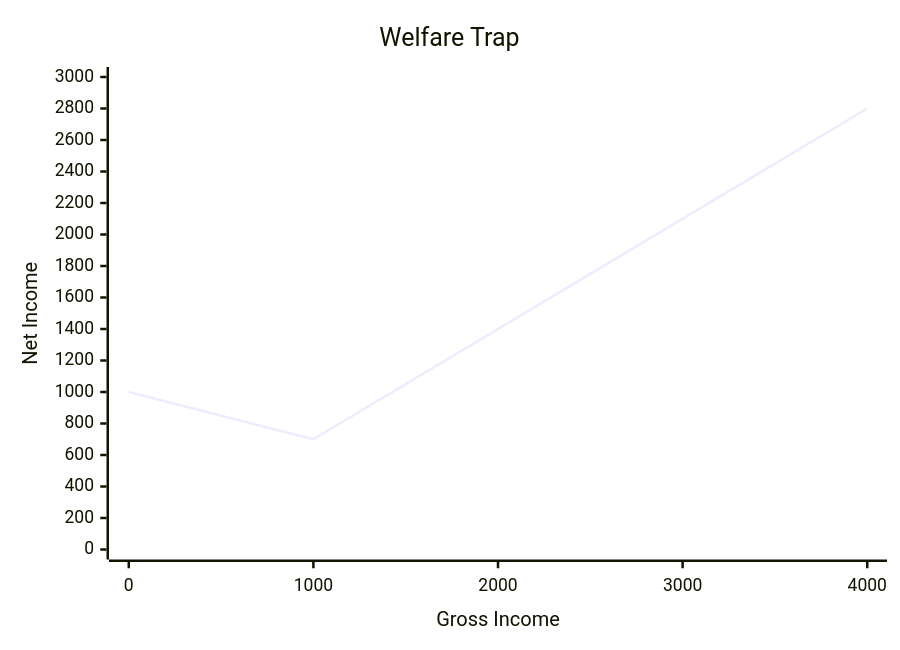
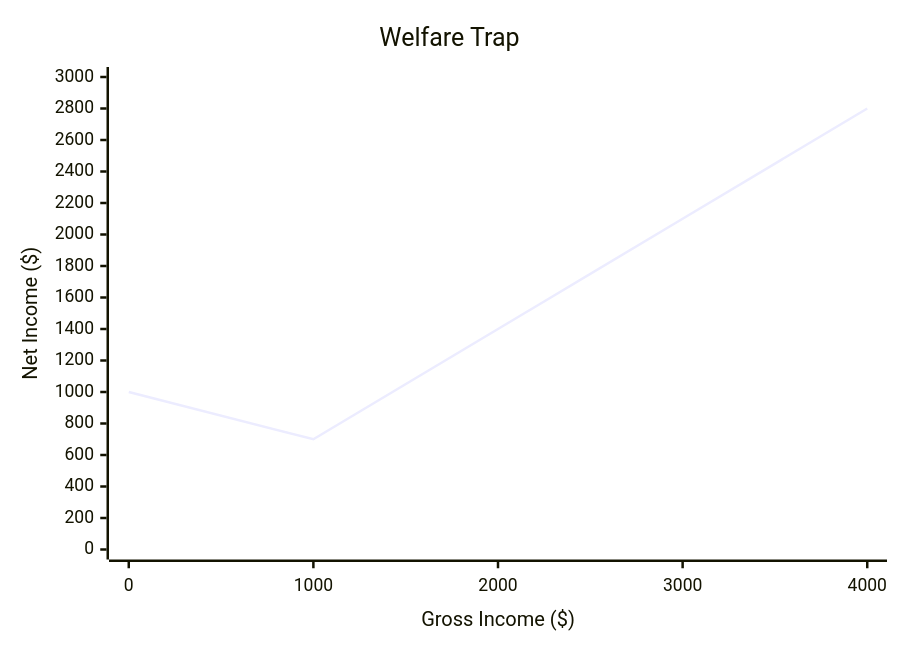
One commit to sergey-shandar/public changed the first of 4 diagrams in notes/economy/justice.md. Above: the diagram before and after it, drawn with Mermaid.

````diff
--- a/notes/economy/justice.md
+++ b/notes/economy/justice.md
@@ -14,7 +14,7 @@
 ```mermaid
 xychart-beta
     title "Welfare Trap"
-    x-axis "Gross Income" [0, 1000, 2000, 3000, 4000]
-    y-axis "Net Income" 0 --> 3000
+    x-axis "Gross Income ($)" [0, 1000, 2000, 3000, 4000]
+    y-axis "Net Income ($)" 0 --> 3000
     line [1000, 700, 1400, 2100, 2800]
 ```
````
